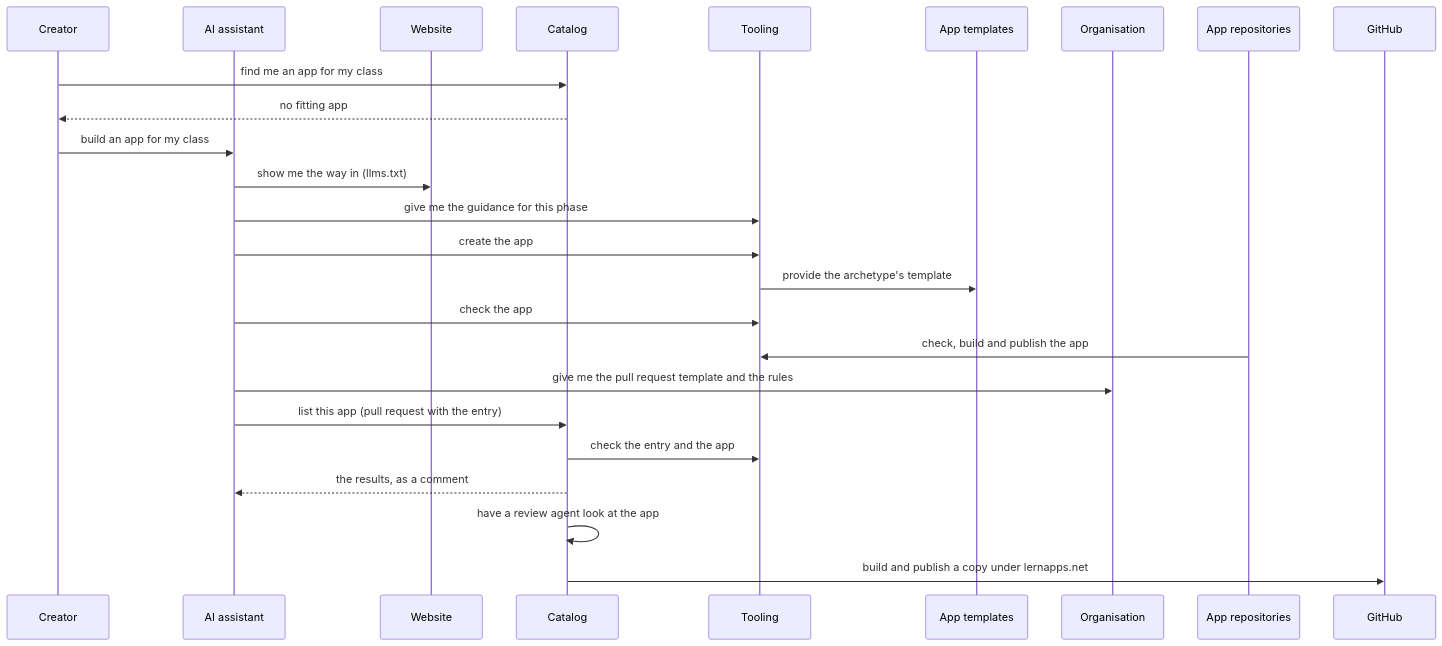
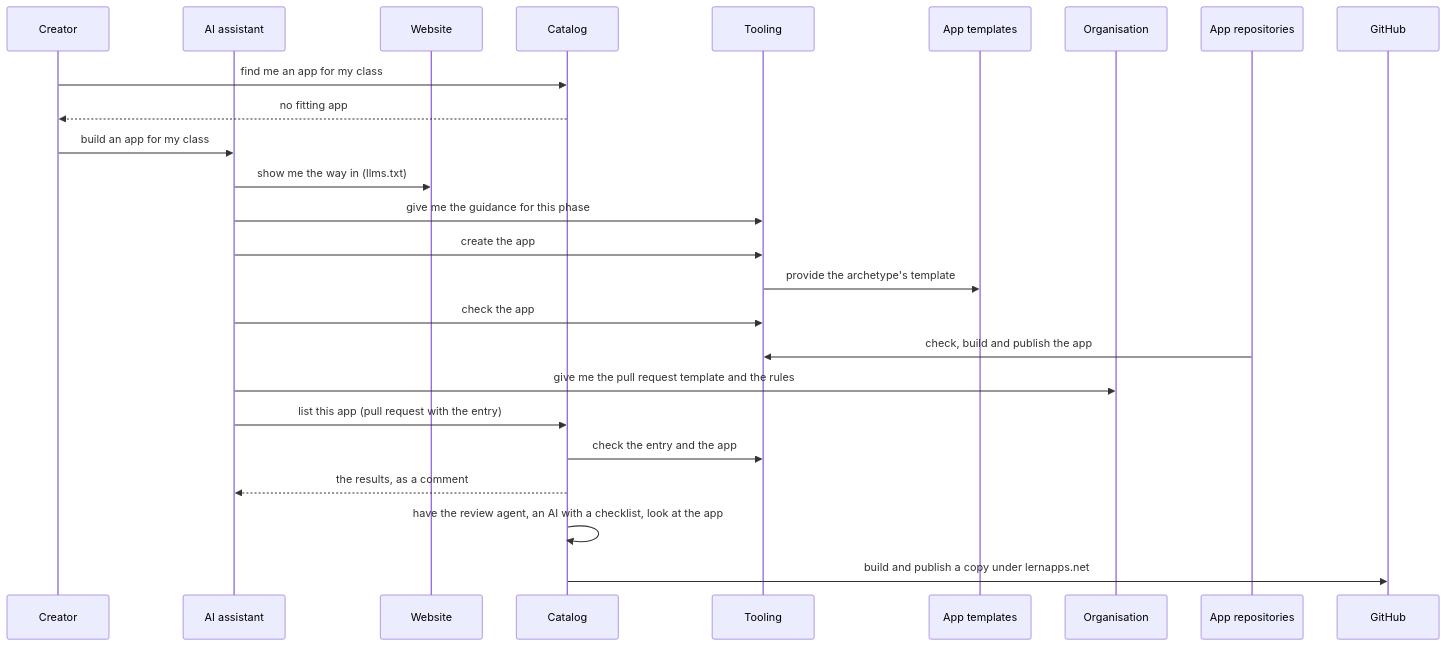
The third of 6 diagrams in docs/arc42/06-runtime-view.arc42.md (lernapps/docs), drawn with Mermaid before and after one commit. The commit also changed other lines of this file and 2 other files, not shown here.

````diff
--- a/docs/arc42/06-runtime-view.arc42.md
+++ b/docs/arc42/06-runtime-view.arc42.md
@@ -115,27 +115,27 @@
 ```mermaid
 sequenceDiagram
     participant creator as Creator
     participant assistant as AI assistant
     participant website as Website
     participant catalog as Catalog
     participant tooling as Tooling
     participant templates as App templates
     participant org as Organisation
     participant appactions as App repositories
     participant github as GitHub
     creator->>catalog: find me an app for my class
     catalog-->>creator: no fitting app
     creator->>assistant: build an app for my class
     assistant->>website: show me the way in (llms.txt)
     assistant->>tooling: give me the guidance for this phase
     assistant->>tooling: create the app
     tooling->>templates: provide the archetype's template
     assistant->>tooling: check the app
     appactions->>tooling: check, build and publish the app
     assistant->>org: give me the pull request template and the rules
     assistant->>catalog: list this app (pull request with the entry)
     catalog->>tooling: check the entry and the app
     catalog-->>assistant: the results, as a comment
-    catalog->>catalog: have a review agent look at the app
+    catalog->>catalog: have the review agent, an AI with a checklist, look at the app
     catalog->>github: build and publish a copy under lernapps.net
 ```
````
